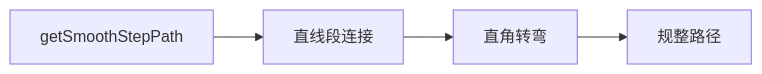
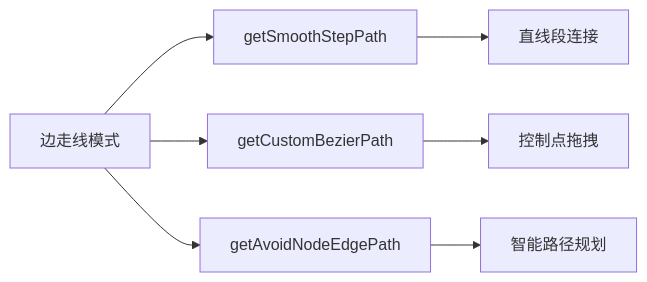
Diagram 16 of 24 in .qoder/repowiki/zh/content/工作流编辑器/工作流编辑器.md (kqcoxn/MaaPipelineEditor), drawn with Mermaid before and after one commit. The commit also changed other lines of this file and 19 other files, not shown here.

````diff
--- a/.qoder/repowiki/zh/content/工作流编辑器/工作流编辑器.md
+++ b/.qoder/repowiki/zh/content/工作流编辑器/工作流编辑器.md
@@ -902,6 +1037,9 @@
 ```mermaid
 flowchart LR
-SmoothStep["getSmoothStepPath"] --> StraightLine["直线段连接"]
-StraightLine --> RightAngle["直角转弯"]
-RightAngle --> Regualr["规整路径"]
+EdgeModes["边走线模式"] --> SmoothStep["getSmoothStepPath"]
+EdgeModes --> Bezier["getCustomBezierPath"]
+EdgeModes --> Avoid["getAvoidNodeEdgePath"]
+SmoothStep --> StraightLine["直线段连接"]
+Bezier --> ControlPoint["控制点拖拽"]
+Avoid --> SmartPath["智能路径规划"]
 ```
````
